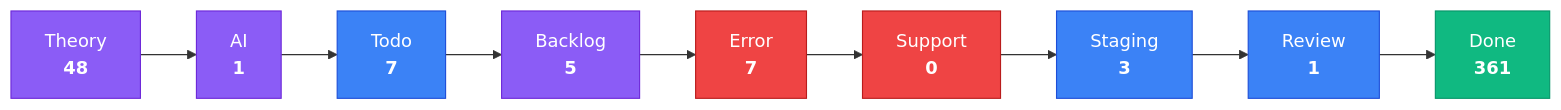
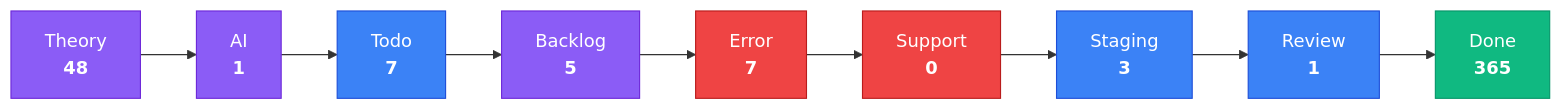
Before and after one commit to KBVE/kbve: the third of 4 diagrams in apps/kbve/astro-kbve/src/content/docs/dashboard/kanban-data.mdx, drawn with Mermaid. The commit also changed other lines of this file and 8 other files, not shown here.

````diff
--- a/apps/kbve/astro-kbve/src/content/docs/dashboard/kanban-data.mdx
+++ b/apps/kbve/astro-kbve/src/content/docs/dashboard/kanban-data.mdx
@@ -80,28 +80,28 @@
 ```mermaid
 flowchart LR
     classDef planning fill:#8b5cf6,stroke:#6d28d9,color:#fff
     classDef active fill:#3b82f6,stroke:#1d4ed8,color:#fff
     classDef blocked fill:#ef4444,stroke:#b91c1c,color:#fff
     classDef done fill:#10b981,stroke:#059669,color:#fff
     Theory["Theory<br/><strong>48</strong>"]
     Theory --> AI
     AI["AI<br/><strong>1</strong>"]
     AI --> Todo
     Todo["Todo<br/><strong>7</strong>"]
     Todo --> Backlog
     Backlog["Backlog<br/><strong>5</strong>"]
     Backlog --> Error
     Error["Error<br/><strong>7</strong>"]
     Error --> Support
     Support["Support<br/><strong>0</strong>"]
     Support --> Staging
     Staging["Staging<br/><strong>3</strong>"]
     Staging --> Review
     Review["Review<br/><strong>1</strong>"]
     Review --> Done
-    Done["Done<br/><strong>361</strong>"]
+    Done["Done<br/><strong>365</strong>"]
     class Theory,AI,Backlog planning
     class Todo,Staging,Review active
     class Error,Support blocked
     class Done done
 ```
````
